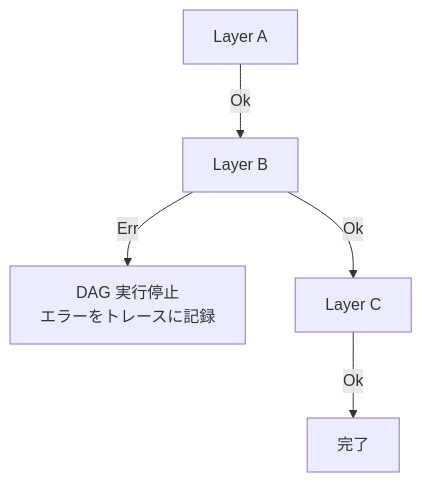
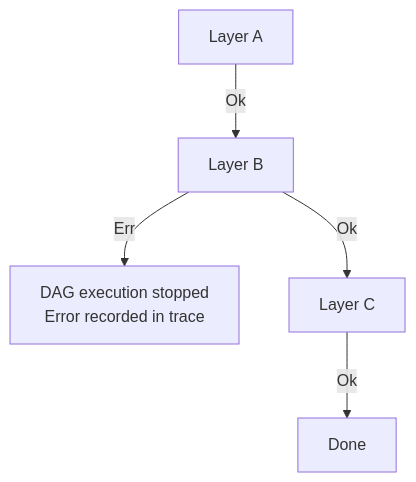
The third of 3 diagrams in docs/content/design/data-flow.md (smartcrabai/smartcrab), drawn with Mermaid before and after one commit. The commit also changed other lines of this file and 19 other files, not shown here.

````diff
--- a/docs/content/design/data-flow.md
+++ b/docs/content/design/data-flow.md
@@ -111,7 +111,7 @@
 ```mermaid
 flowchart TD
     A[Layer A] -->|Ok| B[Layer B]
-    B -->|Err| Stop["DAG 実行停止<br/>エラーをトレースに記録"]
+    B -->|Err| Stop["DAG execution stopped<br/>Error recorded in trace"]
     B -->|Ok| C[Layer C]
-    C -->|Ok| Done["完了"]
+    C -->|Ok| Done["Done"]
 ```
````
